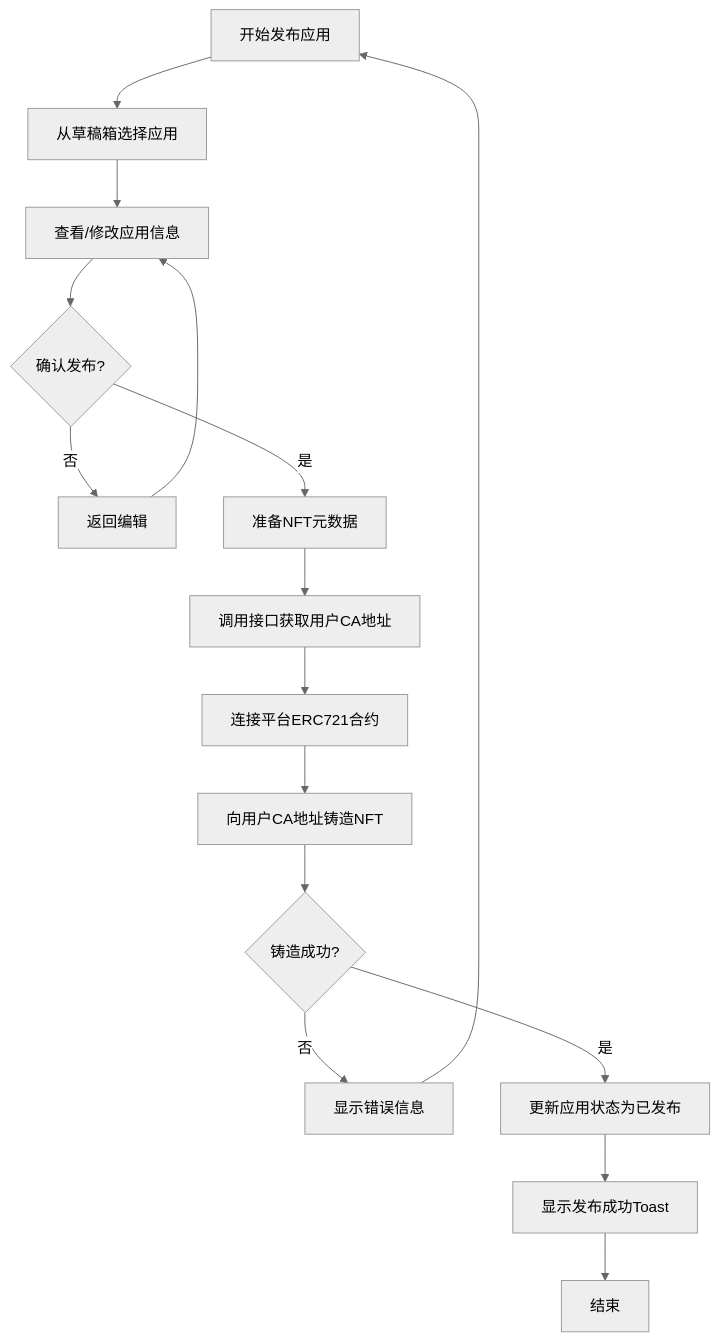
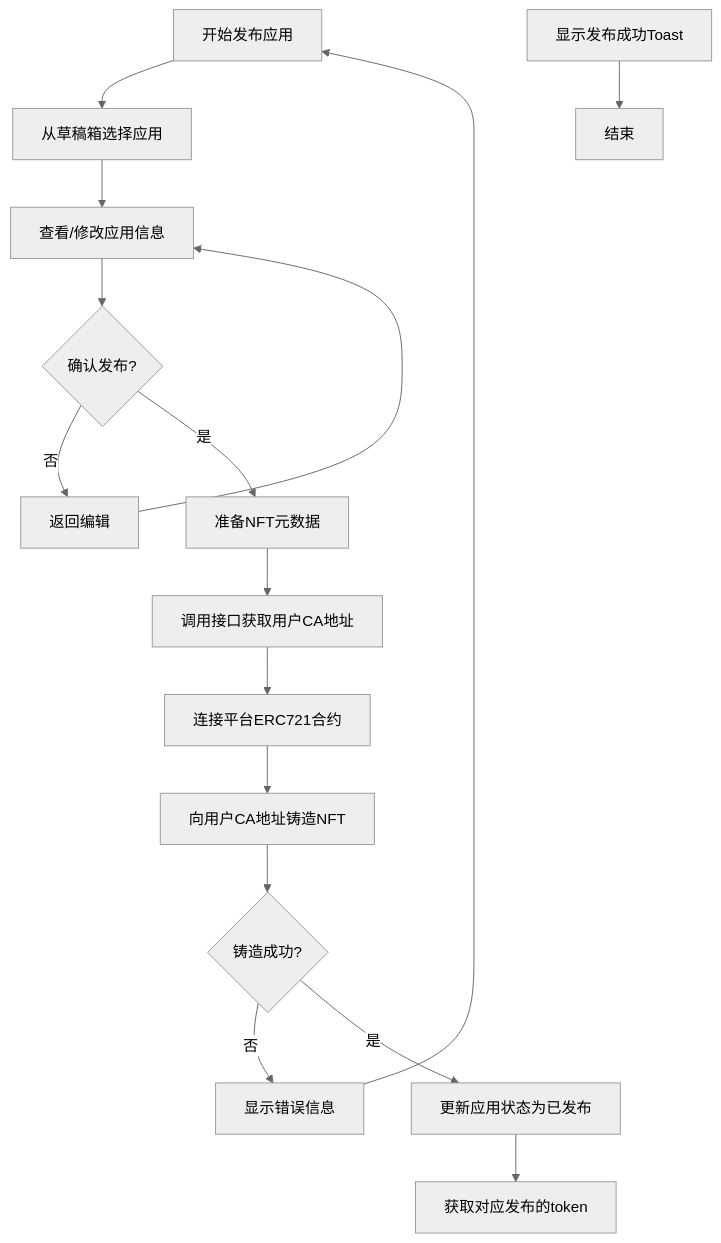
One commit to yingjianzh/iodraw-files changed the diagram in all/未命名-66.md. Above: the diagram before and after it, drawn with Mermaid (neutral theme).

Commit message:
2025-05-27 11:25:10 update

````diff
--- a/all/未命名-66.md
+++ b/all/未命名-66.md
@@ -1,21 +1,21 @@
 ```mermaid
 
 flowchart TD
     A[开始发布应用] --> B[从草稿箱选择应用]
     B --> C[查看/修改应用信息]
     C --> D{确认发布?}
     D -->|否| E[返回编辑]
     E --> C
     D -->|是| F[准备NFT元数据]
     F --> G[调用接口获取用户CA地址]
     G --> H[连接平台ERC721合约]
     H --> I[向用户CA地址铸造NFT]
     I --> J{铸造成功?}
     J -->|否| K[显示错误信息]
     K --> A
     J -->|是| L[更新应用状态为已发布]
-    L --> 
+    L --> M[获取对应发布的token]
     O[显示发布成功Toast]
     O --> P[结束]
 
 ```
````
